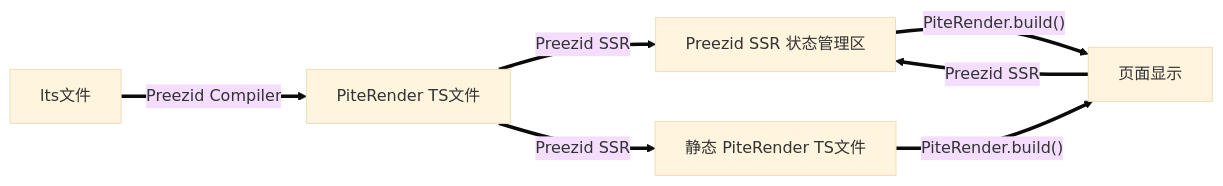
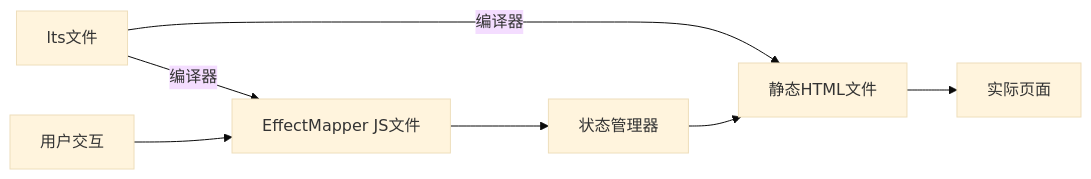
The third of 3 diagrams in docs/5-runtime/5.2-reactivity.md (Twisuki/preezid), drawn with Mermaid (base theme) before and after one commit. The commit also changed other lines of this file and 3 other files, not shown here.

````diff
--- a/docs/5-runtime/5.2-reactivity.md
+++ b/docs/5-runtime/5.2-reactivity.md
@@ -162,13 +156,7 @@
 ```mermaid
 flowchart LR
-  A["lts文件"]
-  B["PiteRender TS文件"]
-  C1["Preezid SSR 状态管理区"]
-  C2["静态 PiteRender TS文件"]
-  D["页面显示"]
-  
-  A == "Preezid Compiler" ==> B
-  B == "Preezid SSR" ==> C1 & C2
-  C1 & C2 == "PiteRender.build()" ==> D
-  D == "Preezid SSR" ==> C1
+    A["lts文件"] -- "编译器" --> B["静态HTML文件"] & C["EffectMapper JS文件"]
+    B --> D["实际页面"]
+    C --> E["状态管理器"] --> B
+    F["用户交互"] --> C
 ```
````
